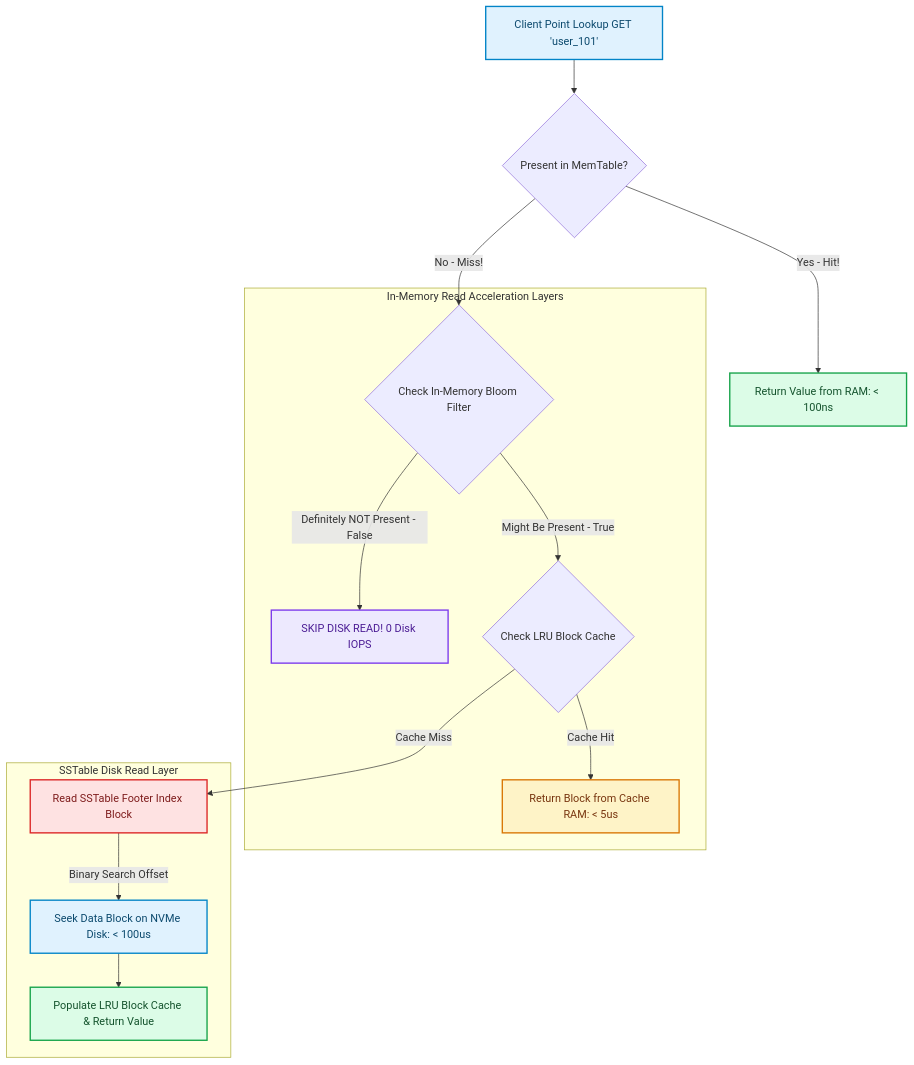
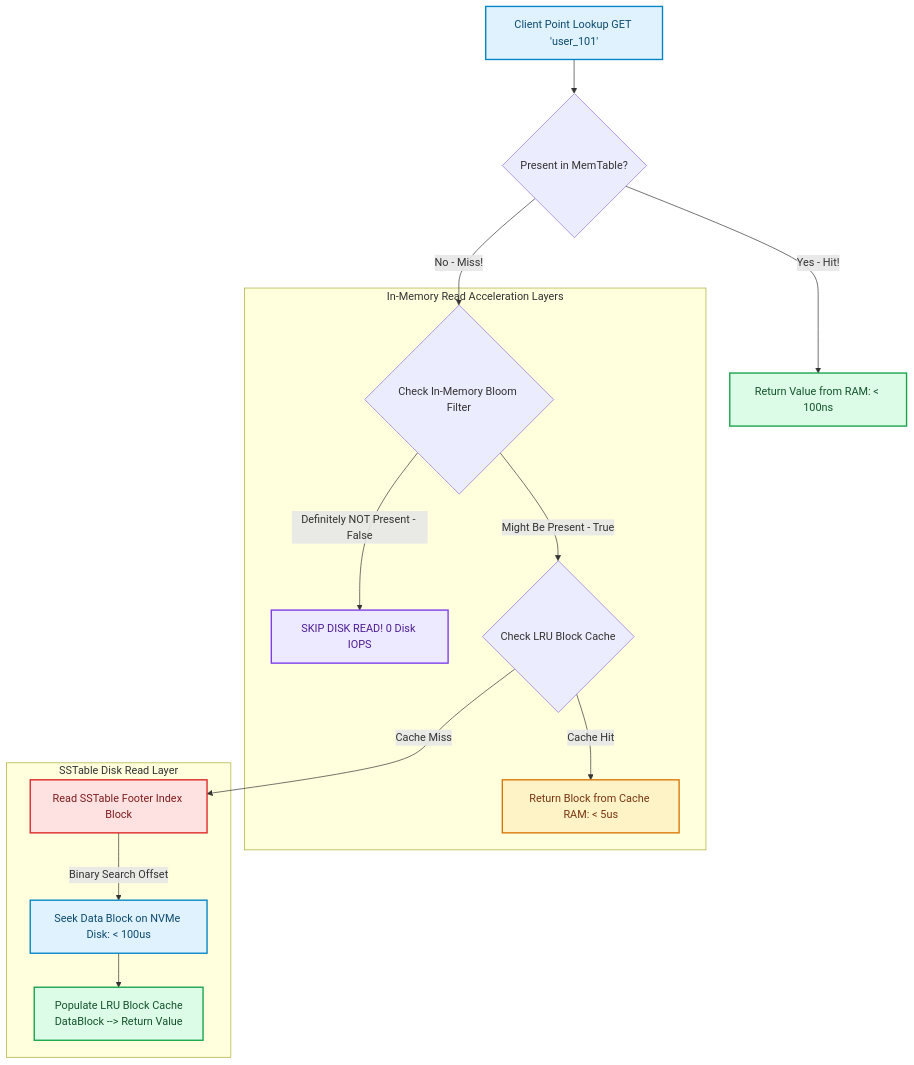
The diagram in blog/posts/fast-point-lookups-block-cache-index-block-bloom-filters.md (akmalkhaniub/akmalkhaniub.github.io), drawn with Mermaid before and after one commit. The commit also changed other lines of this file and 894 other files, not shown here.

Commit message:
feat(blog): upgrade all 444 posts with unique staggered dates, 2-col Mermaid spines, benchmark tables, code blocks, and trade-offs

````diff
--- a/blog/posts/fast-point-lookups-block-cache-index-block-bloom-filters.md
+++ b/blog/posts/fast-point-lookups-block-cache-index-block-bloom-filters.md
@@ -19,31 +19,32 @@
 ```mermaid
 flowchart TD
   ClientRead["Client Point Lookup GET 'user_101'"] --> MemTable{Present in MemTable?}
   
   MemTable -->|Yes - Hit!| ReturnRAM["Return Value from RAM: < 100ns"]
   MemTable -->|No - Miss!| BloomFilter{Check In-Memory Bloom Filter}
   
   subgraph SG1_InMemoryRead ["In-Memory Read Acceleration Layers"]
     BloomFilter -->|Definitely NOT Present - False| SkipDisk[" SKIP DISK READ! 0 Disk IOPS"]
     BloomFilter -->|Might Be Present - True| BlockCache{Check LRU Block Cache}
     
     BlockCache -->|Cache Hit| ReturnCache["Return Block from Cache RAM: < 5us"]
   end
   
   subgraph SG2_SstableDiskRead ["SSTable Disk Read Layer"]
     BlockCache -->|Cache Miss| IndexBlock["Read SSTable Footer Index Block"]
     IndexBlock -->|Binary Search Offset| DataBlock["Seek Data Block on NVMe Disk: < 100us"]
-    DataBlock --> PopulateCache["Populate LRU Block Cache & Return Value"]
+    DataBlock --> PopulateCache["Populate LRU Block Cache
+    DataBlock --> Return Value"]
   end
 
 classDef green fill:#dcfce7,stroke:#16a34a,stroke-width:2px,color:#14532d;
 classDef red fill:#fee2e2,stroke:#dc2626,stroke-width:2px,color:#7f1d1d;
 classDef blue fill:#e0f2fe,stroke:#0284c7,stroke-width:2px,color:#0c4a6e;
 classDef yellow fill:#fef3c7,stroke:#d97706,stroke-width:2px,color:#78350f;
 classDef purple fill:#ede9fe,stroke:#7c3aed,stroke-width:2px,color:#4c1d95;
 class ClientRead,DataBlock blue
 class ReturnRAM,PopulateCache green
 class SkipDisk purple
 class ReturnCache yellow
 class IndexBlock red
 ```
````
